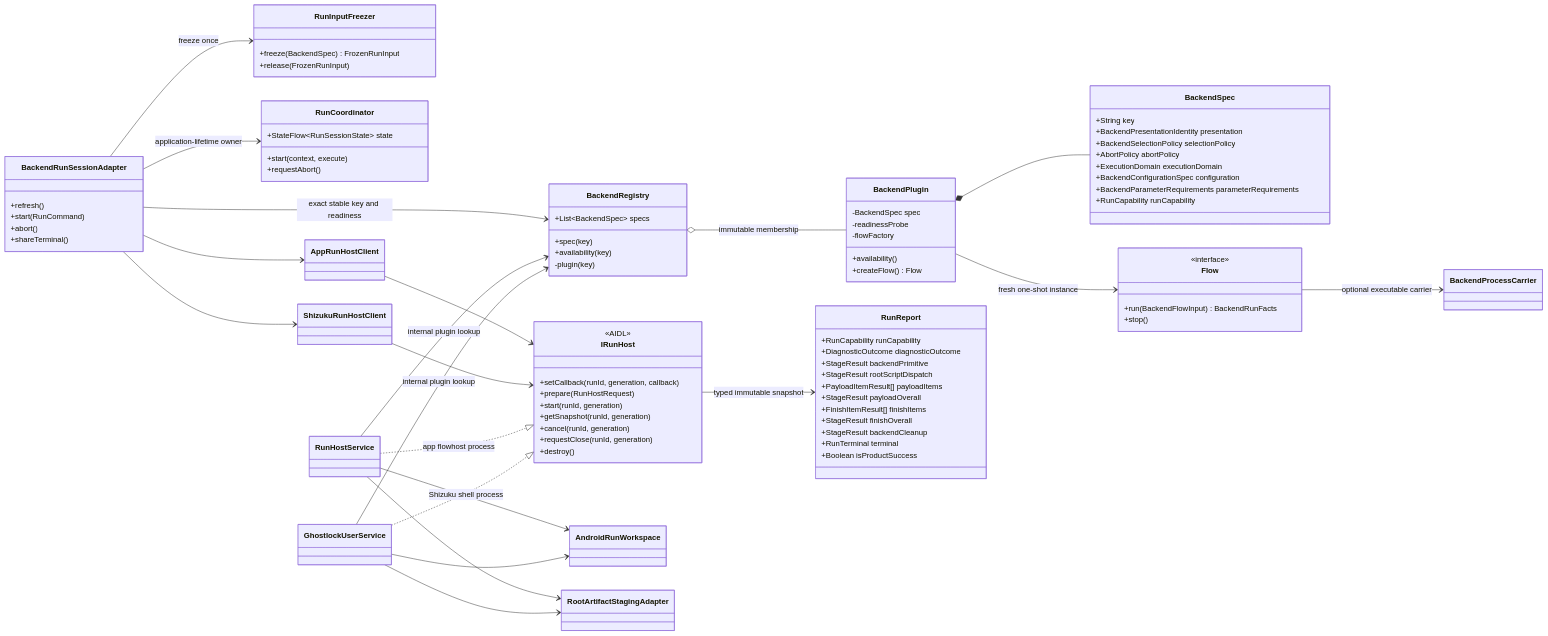
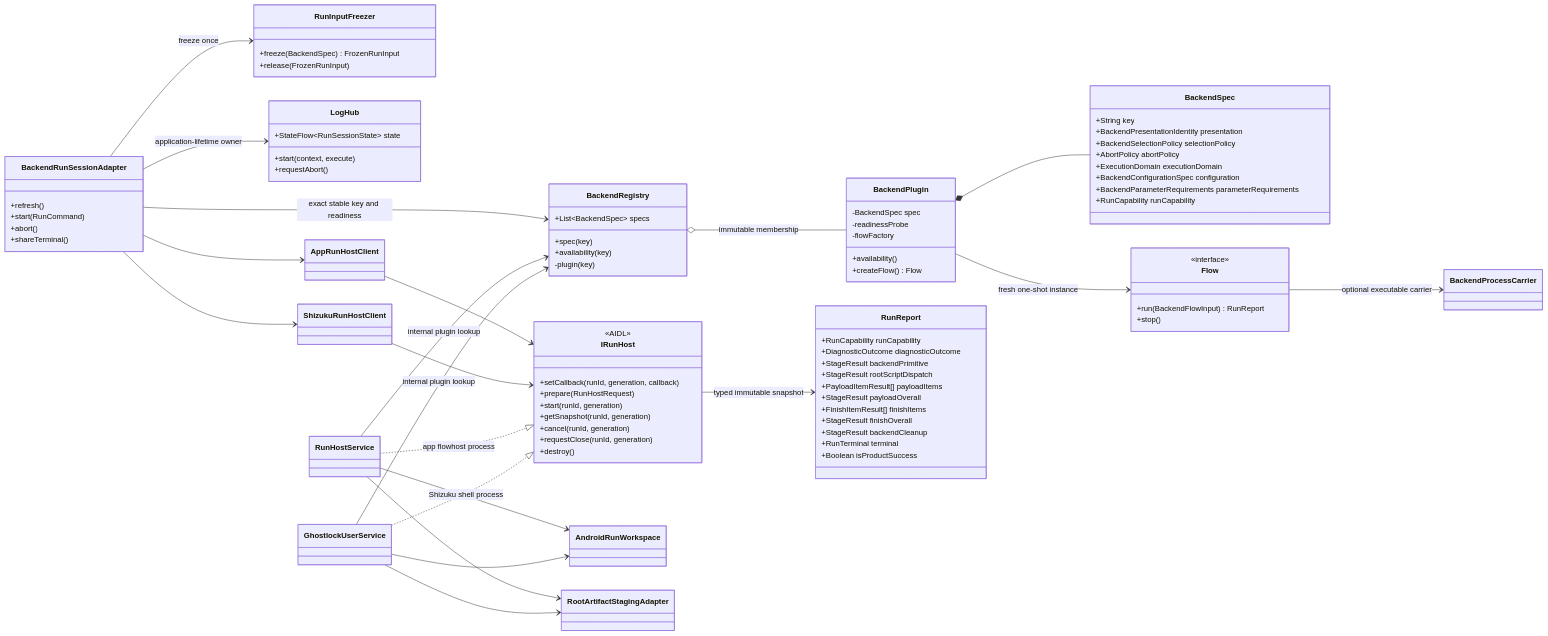
Before and after one commit to YuKongA/ghostlock-app: diagram 40 of 56 in docs/development/full-process-uml.md, drawn with Mermaid. The commit also changed other lines of this file and 100 other files, not shown here.

Commit message:
refactor(run): finalize log hub and diagnose handoff

```diff
--- a/docs/development/full-process-uml.md
+++ b/docs/development/full-process-uml.md
@@ -1366,7 +1365,7 @@
 
   class Flow {
     <<interface>>
-    +run(BackendFlowInput) BackendRunFacts
+    +run(BackendFlowInput) RunReport
     +stop()
   }
 
@@ -1382,7 +1381,7 @@
     +shareTerminal()
   }
 
-  class RunCoordinator {
+  class LogHub {
     +StateFlow~RunSessionState~ state
     +start(context, execute)
     +requestAbort()
@@ -1425,7 +1424,7 @@
   BackendPlugin --> Flow : fresh one-shot instance
   BackendRunSessionAdapter --> BackendRegistry : exact stable key and readiness
   BackendRunSessionAdapter --> RunInputFreezer : freeze once
-  BackendRunSessionAdapter --> RunCoordinator : application-lifetime owner
+  BackendRunSessionAdapter --> LogHub : application-lifetime owner
   BackendRunSessionAdapter --> AppRunHostClient
   BackendRunSessionAdapter --> ShizukuRunHostClient
   AppRunHostClient --> IRunHost
```
